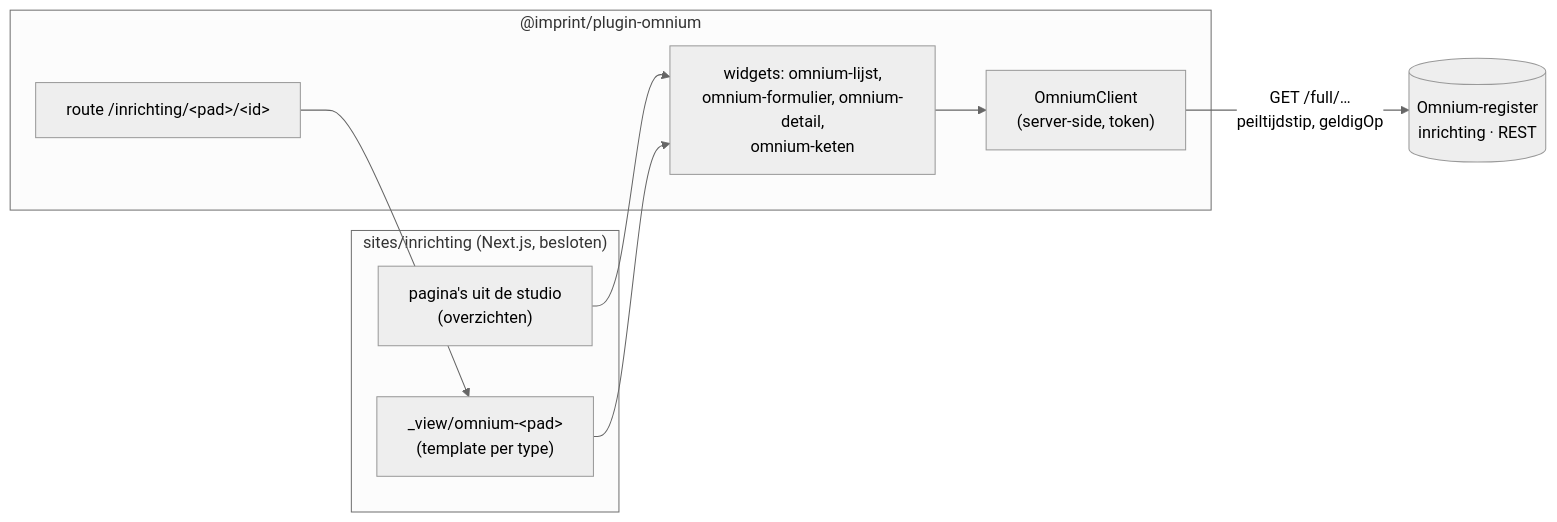
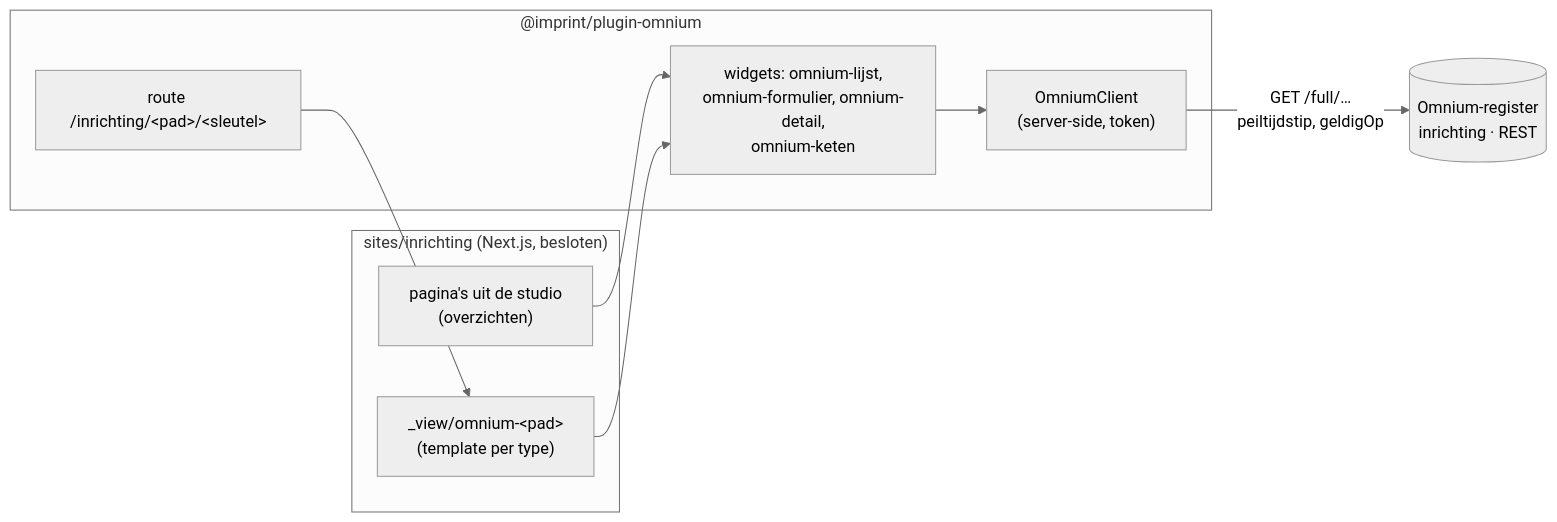
Before and after one commit to MarkWestbroek/imprint-engine: the diagram in docs/design/omnium-inrichting.md, drawn with Mermaid (neutral theme). The commit also changed other lines of this file, not shown here.

````diff
--- a/docs/design/omnium-inrichting.md
+++ b/docs/design/omnium-inrichting.md
@@ -33,16 +33,16 @@
 ```mermaid
 flowchart LR
     subgraph Site["sites/inrichting (Next.js, besloten)"]
       P["pagina's uit de studio<br/>(overzichten)"]
       V["_view/omnium-&lt;pad&gt;<br/>(template per type)"]
     end
     subgraph Plugin["@imprint/plugin-omnium"]
-      R["route /inrichting/&lt;pad&gt;/&lt;id&gt;"]
+      R["route /inrichting/&lt;pad&gt;/&lt;sleutel&gt;"]
       W["widgets: omnium-lijst,<br/>omnium-formulier, omnium-detail,<br/>omnium-keten"]
       C["OmniumClient<br/>(server-side, token)"]
     end
     O[("Omnium-register<br/>inrichting · REST")]
     P --> W
     R --> V --> W
     W --> C -->|"GET /full/…<br/>peiltijdstip, geldigOp"| O
 ```
````
